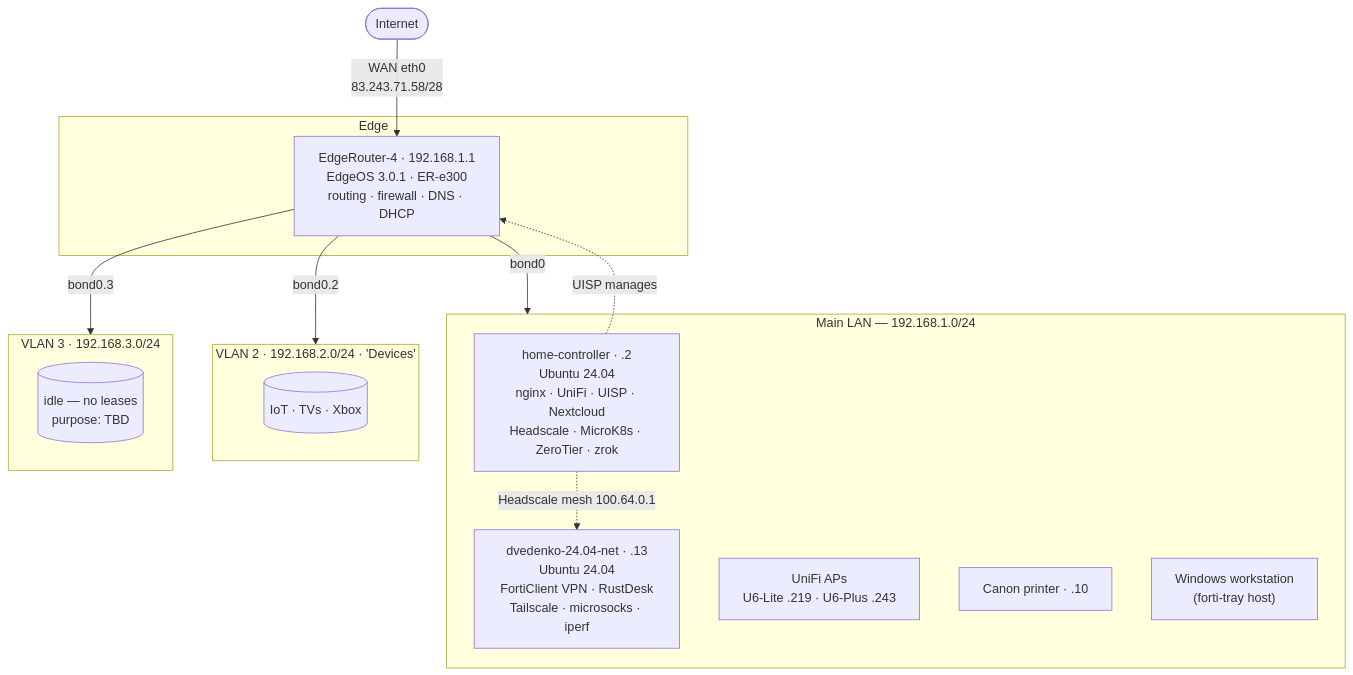
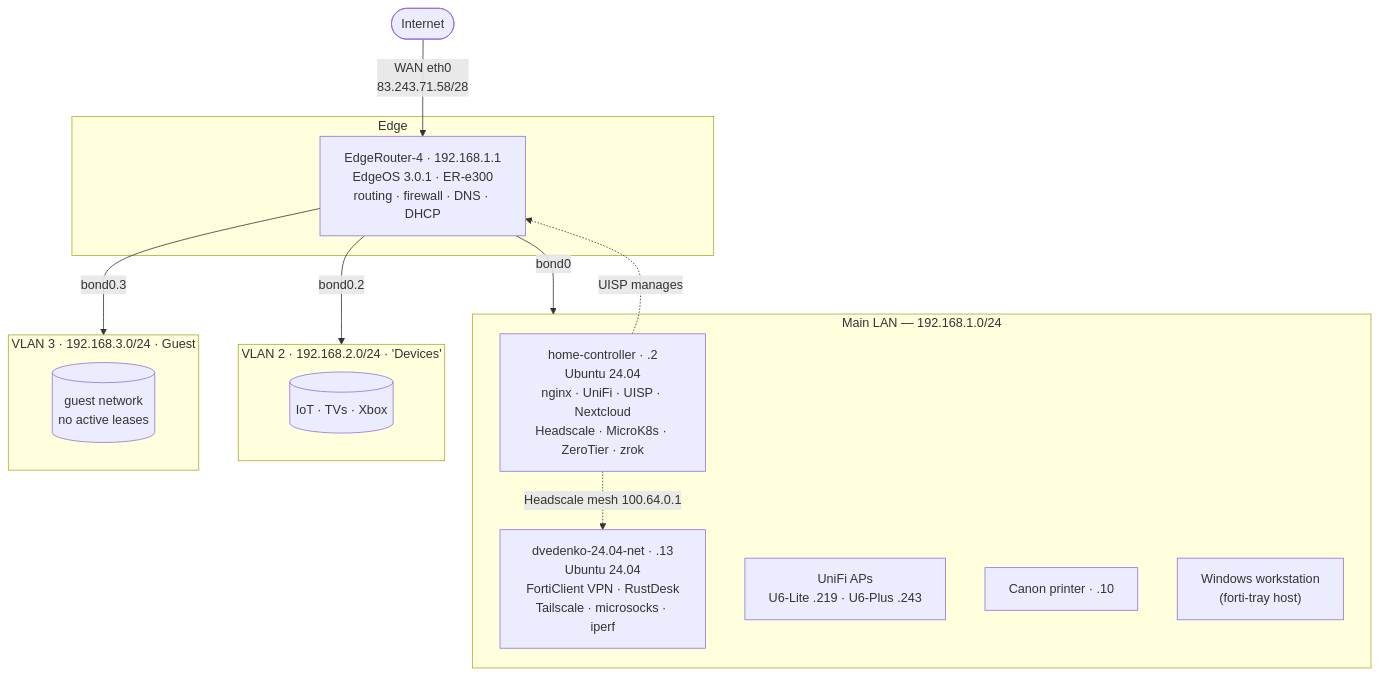
The diagram in docs/topology.md (crsib/home-network-config), drawn with Mermaid before and after one commit. The commit also changed other lines of this file and 7 other files, not shown here.

First line of the commit message:
Document sing-box gateway; confirm :8081=Headscale; VLAN3=Guest

````diff
--- a/docs/topology.md
+++ b/docs/topology.md
@@ -7,31 +7,31 @@
 ```mermaid
 graph TD
     INET([Internet])
     INET -->|WAN eth0<br/>83.243.71.58/28| ER
 
     subgraph Edge
         ER["EdgeRouter-4 · 192.168.1.1<br/>EdgeOS 3.0.1 · ER-e300<br/>routing · firewall · DNS · DHCP"]
     end
 
     ER -->|bond0| LAN
     ER -->|bond0.2| VLAN2
     ER -->|bond0.3| VLAN3
 
     subgraph LAN["Main LAN — 192.168.1.0/24"]
         HC["home-controller · .2<br/>Ubuntu 24.04<br/>nginx · UniFi · UISP · Nextcloud<br/>Headscale · MicroK8s · ZeroTier · zrok"]
         FB["dvedenko-24.04-net · .13<br/>Ubuntu 24.04<br/>FortiClient VPN · RustDesk<br/>Tailscale · microsocks · iperf"]
         AP["UniFi APs<br/>U6-Lite .219 · U6-Plus .243"]
         PR["Canon printer · .10"]
         WS["Windows workstation<br/>(forti-tray host)"]
     end
 
     subgraph VLAN2["VLAN 2 · 192.168.2.0/24 · 'Devices'"]
         V2[("IoT · TVs · Xbox")]
     end
-    subgraph VLAN3["VLAN 3 · 192.168.3.0/24"]
-        V3[("idle — no leases<br/>purpose: TBD")]
+    subgraph VLAN3["VLAN 3 · 192.168.3.0/24 · Guest"]
+        V3[("guest network<br/>no active leases")]
     end
 
     HC -.->|UISP manages| ER
     HC -.->|Headscale mesh 100.64.0.1| FB
 ```
````
